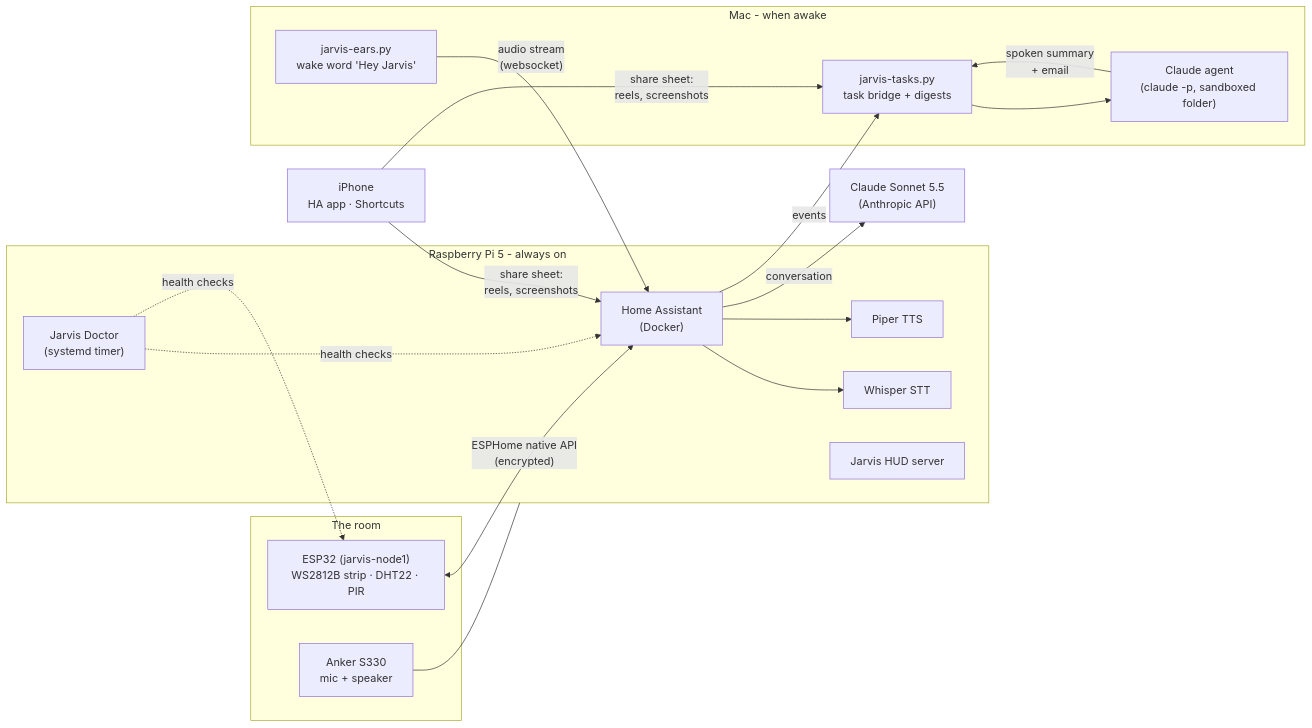
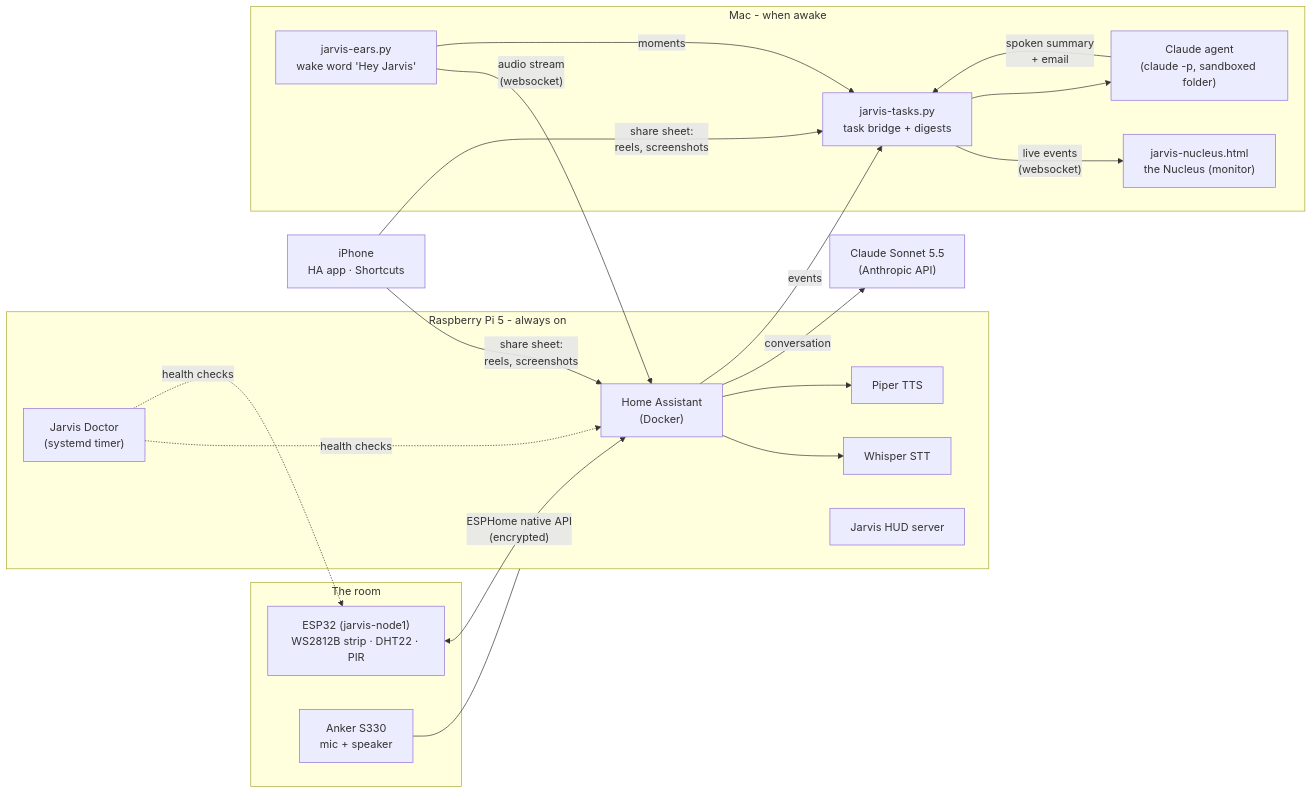
Before and after one commit to adilshiva2/room-jarvis: the diagram in README.md, drawn with Mermaid. The commit also changed other lines of this file and 7 other files, not shown here.

````diff
--- a/README.md
+++ b/README.md
@@ -16,30 +16,33 @@
 ```mermaid
 flowchart LR
   subgraph room [The room]
     ESP["ESP32 (jarvis-node1)<br/>WS2812B strip · DHT22 · PIR"]
     S330["Anker S330<br/>mic + speaker"]
   end
   subgraph pi [Raspberry Pi 5 - always on]
     HA["Home Assistant<br/>(Docker)"]
     W["Whisper STT"]
     P["Piper TTS"]
     HUD["Jarvis HUD server"]
     DOC["Jarvis Doctor<br/>(systemd timer)"]
   end
   subgraph mac [Mac - when awake]
     EARS["jarvis-ears.py<br/>wake word 'Hey Jarvis'"]
     BRIDGE["jarvis-tasks.py<br/>task bridge + digests"]
     AGENT["Claude agent<br/>(claude -p, sandboxed folder)"]
+    NUC["jarvis-nucleus.html<br/>the Nucleus (monitor)"]
   end
   PHONE["iPhone<br/>HA app · Shortcuts"]
   ESP <-- "ESPHome native API<br/>(encrypted)" --> HA
   S330 --- pi
   EARS -- "audio stream<br/>(websocket)" --> HA
   HA --> W & P
   HA -- "conversation" --> SONNET["Claude Sonnet 5.5<br/>(Anthropic API)"]
   HA -- "events" --> BRIDGE
+  BRIDGE -- "live events<br/>(websocket)" --> NUC
+  EARS -- "moments" --> BRIDGE
   BRIDGE --> AGENT
   AGENT -- "spoken summary<br/>+ email" --> BRIDGE
   PHONE -- "share sheet:<br/>reels, screenshots" --> HA & BRIDGE
   DOC -. "health checks" .-> HA & ESP
 ```
````
